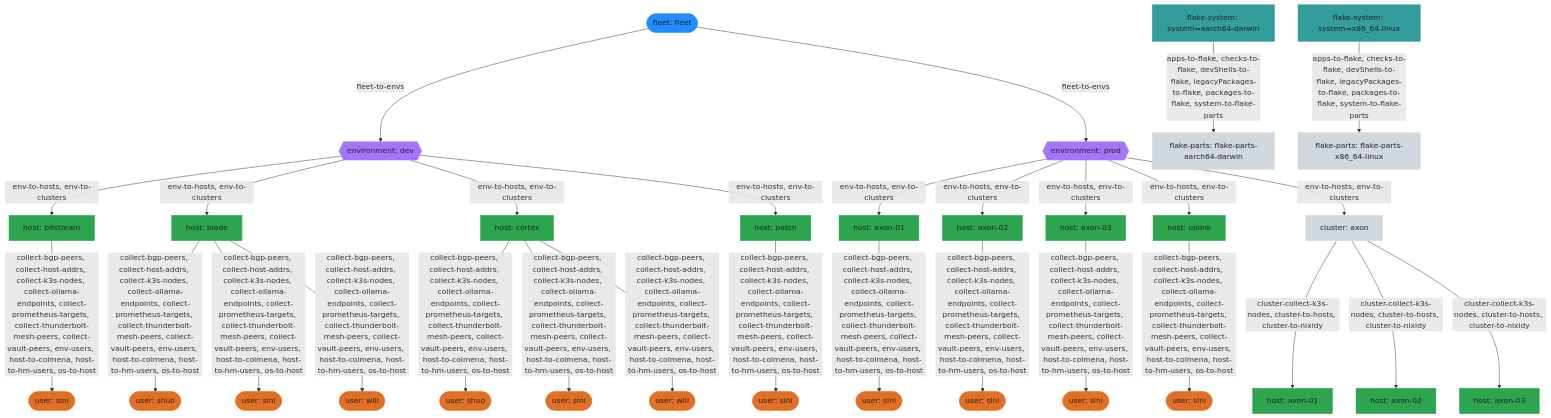
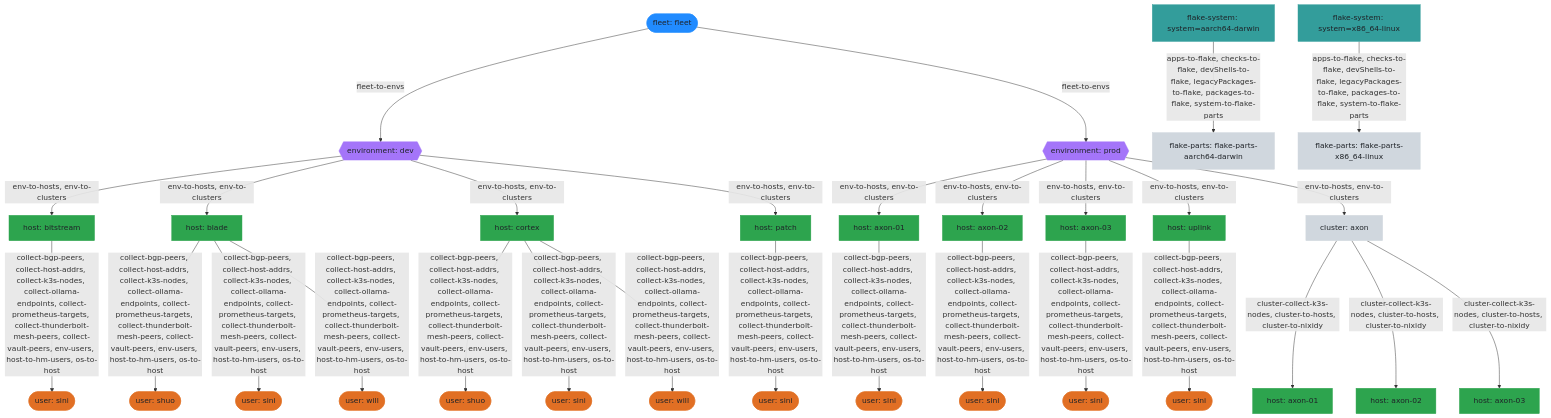
The second of 5 diagrams in TOPOLOGY.md (sini/nix-config), drawn with Mermaid before and after one commit. The commit also changed other lines of this file and 2 other files, not shown here.

First line of the commit message:
feat(diagrams): per-host views with SVG rendering, fleet DAG, namespace

```diff
--- a/TOPOLOGY.md
+++ b/TOPOLOGY.md
@@ -155,25 +155,25 @@
   system_x86_64_linux["flake-system: system=x86_64-linux"]
 
   environment_dev_fleet_fleet_secretsConfig__set_secretsConfig_ -->|env-to-hosts, env-to-clusters| accessGroups__list_accessGroups__environment_dev_fleet_fleet_host_bitstream_secretsConfig__set_secretsConfig_
-  accessGroups__list_accessGroups__environment_dev_fleet_fleet_host_bitstream_secretsConfig__set_secretsConfig_ -->|collect-bgp-peers, collect-host-addrs, collect-k3s-nodes, collect-ollama-endpoints, collect-prometheus-targets, collect-thunderbolt-mesh-peers, collect-vault-peers, env-users, host-to-colmena, host-to-hm-users, os-to-host| accessGroups__list_accessGroups__environment_dev_fleet_fleet_host_bitstream_secretsConfig__set_secretsConfig__user_sini
+  accessGroups__list_accessGroups__environment_dev_fleet_fleet_host_bitstream_secretsConfig__set_secretsConfig_ -->|collect-bgp-peers, collect-host-addrs, collect-k3s-nodes, collect-ollama-endpoints, collect-prometheus-targets, collect-thunderbolt-mesh-peers, collect-vault-peers, env-users, host-to-hm-users, os-to-host| accessGroups__list_accessGroups__environment_dev_fleet_fleet_host_bitstream_secretsConfig__set_secretsConfig__user_sini
   environment_dev_fleet_fleet_secretsConfig__set_secretsConfig_ -->|env-to-hosts, env-to-clusters| accessGroups__list_accessGroups__environment_dev_fleet_fleet_host_blade_secretsConfig__set_secretsConfig_
-  accessGroups__list_accessGroups__environment_dev_fleet_fleet_host_blade_secretsConfig__set_secretsConfig_ -->|collect-bgp-peers, collect-host-addrs, collect-k3s-nodes, collect-ollama-endpoints, collect-prometheus-targets, collect-thunderbolt-mesh-peers, collect-vault-peers, env-users, host-to-colmena, host-to-hm-users, os-to-host| accessGroups__list_accessGroups__environment_dev_fleet_fleet_host_blade_secretsConfig__set_secretsConfig__user_shuo
-  accessGroups__list_accessGroups__environment_dev_fleet_fleet_host_blade_secretsConfig__set_secretsConfig_ -->|collect-bgp-peers, collect-host-addrs, collect-k3s-nodes, collect-ollama-endpoints, collect-prometheus-targets, collect-thunderbolt-mesh-peers, collect-vault-peers, env-users, host-to-colmena, host-to-hm-users, os-to-host| accessGroups__list_accessGroups__environment_dev_fleet_fleet_host_blade_secretsConfig__set_secretsConfig__user_sini
-  accessGroups__list_accessGroups__environment_dev_fleet_fleet_host_blade_secretsConfig__set_secretsConfig_ -->|collect-bgp-peers, collect-host-addrs, collect-k3s-nodes, collect-ollama-endpoints, collect-prometheus-targets, collect-thunderbolt-mesh-peers, collect-vault-peers, env-users, host-to-colmena, host-to-hm-users, os-to-host| accessGroups__list_accessGroups__environment_dev_fleet_fleet_host_blade_secretsConfig__set_secretsConfig__user_will
+  accessGroups__list_accessGroups__environment_dev_fleet_fleet_host_blade_secretsConfig__set_secretsConfig_ -->|collect-bgp-peers, collect-host-addrs, collect-k3s-nodes, collect-ollama-endpoints, collect-prometheus-targets, collect-thunderbolt-mesh-peers, collect-vault-peers, env-users, host-to-hm-users, os-to-host| accessGroups__list_accessGroups__environment_dev_fleet_fleet_host_blade_secretsConfig__set_secretsConfig__user_shuo
+  accessGroups__list_accessGroups__environment_dev_fleet_fleet_host_blade_secretsConfig__set_secretsConfig_ -->|collect-bgp-peers, collect-host-addrs, collect-k3s-nodes, collect-ollama-endpoints, collect-prometheus-targets, collect-thunderbolt-mesh-peers, collect-vault-peers, env-users, host-to-hm-users, os-to-host| accessGroups__list_accessGroups__environment_dev_fleet_fleet_host_blade_secretsConfig__set_secretsConfig__user_sini
+  accessGroups__list_accessGroups__environment_dev_fleet_fleet_host_blade_secretsConfig__set_secretsConfig_ -->|collect-bgp-peers, collect-host-addrs, collect-k3s-nodes, collect-ollama-endpoints, collect-prometheus-targets, collect-thunderbolt-mesh-peers, collect-vault-peers, env-users, host-to-hm-users, os-to-host| accessGroups__list_accessGroups__environment_dev_fleet_fleet_host_blade_secretsConfig__set_secretsConfig__user_will
   environment_dev_fleet_fleet_secretsConfig__set_secretsConfig_ -->|env-to-hosts, env-to-clusters| accessGroups__list_accessGroups__environment_dev_fleet_fleet_host_cortex_secretsConfig__set_secretsConfig_
-  accessGroups__list_accessGroups__environment_dev_fleet_fleet_host_cortex_secretsConfig__set_secretsConfig_ -->|collect-bgp-peers, collect-host-addrs, collect-k3s-nodes, collect-ollama-endpoints, collect-prometheus-targets, collect-thunderbolt-mesh-peers, collect-vault-peers, env-users, host-to-colmena, host-to-hm-users, os-to-host| accessGroups__list_accessGroups__environment_dev_fleet_fleet_host_cortex_secretsConfig__set_secretsConfig__user_shuo
-  accessGroups__list_accessGroups__environment_dev_fleet_fleet_host_cortex_secretsConfig__set_secretsConfig_ -->|collect-bgp-peers, collect-host-addrs, collect-k3s-nodes, collect-ollama-endpoints, collect-prometheus-targets, collect-thunderbolt-mesh-peers, collect-vault-peers, env-users, host-to-colmena, host-to-hm-users, os-to-host| accessGroups__list_accessGroups__environment_dev_fleet_fleet_host_cortex_secretsConfig__set_secretsConfig__user_sini
-  accessGroups__list_accessGroups__environment_dev_fleet_fleet_host_cortex_secretsConfig__set_secretsConfig_ -->|collect-bgp-peers, collect-host-addrs, collect-k3s-nodes, collect-ollama-endpoints, collect-prometheus-targets, collect-thunderbolt-mesh-peers, collect-vault-peers, env-users, host-to-colmena, host-to-hm-users, os-to-host| accessGroups__list_accessGroups__environment_dev_fleet_fleet_host_cortex_secretsConfig__set_secretsConfig__user_will
+  accessGroups__list_accessGroups__environment_dev_fleet_fleet_host_cortex_secretsConfig__set_secretsConfig_ -->|collect-bgp-peers, collect-host-addrs, collect-k3s-nodes, collect-ollama-endpoints, collect-prometheus-targets, collect-thunderbolt-mesh-peers, collect-vault-peers, env-users, host-to-hm-users, os-to-host| accessGroups__list_accessGroups__environment_dev_fleet_fleet_host_cortex_secretsConfig__set_secretsConfig__user_shuo
+  accessGroups__list_accessGroups__environment_dev_fleet_fleet_host_cortex_secretsConfig__set_secretsConfig_ -->|collect-bgp-peers, collect-host-addrs, collect-k3s-nodes, collect-ollama-endpoints, collect-prometheus-targets, collect-thunderbolt-mesh-peers, collect-vault-peers, env-users, host-to-hm-users, os-to-host| accessGroups__list_accessGroups__environment_dev_fleet_fleet_host_cortex_secretsConfig__set_secretsConfig__user_sini
+  accessGroups__list_accessGroups__environment_dev_fleet_fleet_host_cortex_secretsConfig__set_secretsConfig_ -->|collect-bgp-peers, collect-host-addrs, collect-k3s-nodes, collect-ollama-endpoints, collect-prometheus-targets, collect-thunderbolt-mesh-peers, collect-vault-peers, env-users, host-to-hm-users, os-to-host| accessGroups__list_accessGroups__environment_dev_fleet_fleet_host_cortex_secretsConfig__set_secretsConfig__user_will
   environment_dev_fleet_fleet_secretsConfig__set_secretsConfig_ -->|env-to-hosts, env-to-clusters| accessGroups__list_accessGroups__environment_dev_fleet_fleet_host_patch_secretsConfig__set_secretsConfig_
-  accessGroups__list_accessGroups__environment_dev_fleet_fleet_host_patch_secretsConfig__set_secretsConfig_ -->|collect-bgp-peers, collect-host-addrs, collect-k3s-nodes, collect-ollama-endpoints, collect-prometheus-targets, collect-thunderbolt-mesh-peers, collect-vault-peers, env-users, host-to-colmena, host-to-hm-users, os-to-host| accessGroups__list_accessGroups__environment_dev_fleet_fleet_host_patch_secretsConfig__set_secretsConfig__user_sini
+  accessGroups__list_accessGroups__environment_dev_fleet_fleet_host_patch_secretsConfig__set_secretsConfig_ -->|collect-bgp-peers, collect-host-addrs, collect-k3s-nodes, collect-ollama-endpoints, collect-prometheus-targets, collect-thunderbolt-mesh-peers, collect-vault-peers, env-users, host-to-hm-users, os-to-host| accessGroups__list_accessGroups__environment_dev_fleet_fleet_host_patch_secretsConfig__set_secretsConfig__user_sini
   environment_prod_fleet_fleet_secretsConfig__set_secretsConfig_ -->|env-to-hosts, env-to-clusters| accessGroups__list_accessGroups__environment_prod_fleet_fleet_host_axon_01_secretsConfig__set_secretsConfig_
-  accessGroups__list_accessGroups__environment_prod_fleet_fleet_host_axon_01_secretsConfig__set_secretsConfig_ -->|collect-bgp-peers, collect-host-addrs, collect-k3s-nodes, collect-ollama-endpoints, collect-prometheus-targets, collect-thunderbolt-mesh-peers, collect-vault-peers, env-users, host-to-colmena, host-to-hm-users, os-to-host| accessGroups__list_accessGroups__environment_prod_fleet_fleet_host_axon_01_secretsConfig__set_secretsConfig__user_sini
+  accessGroups__list_accessGroups__environment_prod_fleet_fleet_host_axon_01_secretsConfig__set_secretsConfig_ -->|collect-bgp-peers, collect-host-addrs, collect-k3s-nodes, collect-ollama-endpoints, collect-prometheus-targets, collect-thunderbolt-mesh-peers, collect-vault-peers, env-users, host-to-hm-users, os-to-host| accessGroups__list_accessGroups__environment_prod_fleet_fleet_host_axon_01_secretsConfig__set_secretsConfig__user_sini
   environment_prod_fleet_fleet_secretsConfig__set_secretsConfig_ -->|env-to-hosts, env-to-clusters| accessGroups__list_accessGroups__environment_prod_fleet_fleet_host_axon_02_secretsConfig__set_secretsConfig_
-  accessGroups__list_accessGroups__environment_prod_fleet_fleet_host_axon_02_secretsConfig__set_secretsConfig_ -->|collect-bgp-peers, collect-host-addrs, collect-k3s-nodes, collect-ollama-endpoints, collect-prometheus-targets, collect-thunderbolt-mesh-peers, collect-vault-peers, env-users, host-to-colmena, host-to-hm-users, os-to-host| accessGroups__list_accessGroups__environment_prod_fleet_fleet_host_axon_02_secretsConfig__set_secretsConfig__user_sini
+  accessGroups__list_accessGroups__environment_prod_fleet_fleet_host_axon_02_secretsConfig__set_secretsConfig_ -->|collect-bgp-peers, collect-host-addrs, collect-k3s-nodes, collect-ollama-endpoints, collect-prometheus-targets, collect-thunderbolt-mesh-peers, collect-vault-peers, env-users, host-to-hm-users, os-to-host| accessGroups__list_accessGroups__environment_prod_fleet_fleet_host_axon_02_secretsConfig__set_secretsConfig__user_sini
   environment_prod_fleet_fleet_secretsConfig__set_secretsConfig_ -->|env-to-hosts, env-to-clusters| accessGroups__list_accessGroups__environment_prod_fleet_fleet_host_axon_03_secretsConfig__set_secretsConfig_
-  accessGroups__list_accessGroups__environment_prod_fleet_fleet_host_axon_03_secretsConfig__set_secretsConfig_ -->|collect-bgp-peers, collect-host-addrs, collect-k3s-nodes, collect-ollama-endpoints, collect-prometheus-targets, collect-thunderbolt-mesh-peers, collect-vault-peers, env-users, host-to-colmena, host-to-hm-users, os-to-host| accessGroups__list_accessGroups__environment_prod_fleet_fleet_host_axon_03_secretsConfig__set_secretsConfig__user_sini
+  accessGroups__list_accessGroups__environment_prod_fleet_fleet_host_axon_03_secretsConfig__set_secretsConfig_ -->|collect-bgp-peers, collect-host-addrs, collect-k3s-nodes, collect-ollama-endpoints, collect-prometheus-targets, collect-thunderbolt-mesh-peers, collect-vault-peers, env-users, host-to-hm-users, os-to-host| accessGroups__list_accessGroups__environment_prod_fleet_fleet_host_axon_03_secretsConfig__set_secretsConfig__user_sini
   environment_prod_fleet_fleet_secretsConfig__set_secretsConfig_ -->|env-to-hosts, env-to-clusters| accessGroups__list_accessGroups__environment_prod_fleet_fleet_host_uplink_secretsConfig__set_secretsConfig_
-  accessGroups__list_accessGroups__environment_prod_fleet_fleet_host_uplink_secretsConfig__set_secretsConfig_ -->|collect-bgp-peers, collect-host-addrs, collect-k3s-nodes, collect-ollama-endpoints, collect-prometheus-targets, collect-thunderbolt-mesh-peers, collect-vault-peers, env-users, host-to-colmena, host-to-hm-users, os-to-host| accessGroups__list_accessGroups__environment_prod_fleet_fleet_host_uplink_secretsConfig__set_secretsConfig__user_sini
+  accessGroups__list_accessGroups__environment_prod_fleet_fleet_host_uplink_secretsConfig__set_secretsConfig_ -->|collect-bgp-peers, collect-host-addrs, collect-k3s-nodes, collect-ollama-endpoints, collect-prometheus-targets, collect-thunderbolt-mesh-peers, collect-vault-peers, env-users, host-to-hm-users, os-to-host| accessGroups__list_accessGroups__environment_prod_fleet_fleet_host_uplink_secretsConfig__set_secretsConfig__user_sini
   cluster_axon_environment_prod_fleet_fleet_secretsConfig__set_secretsConfig_ -->|cluster-collect-k3s-nodes, cluster-to-hosts, cluster-to-nixidy| cluster_axon_environment_prod_fleet_fleet_host_axon_01_secretsConfig__set_secretsConfig_
   cluster_axon_environment_prod_fleet_fleet_secretsConfig__set_secretsConfig_ -->|cluster-collect-k3s-nodes, cluster-to-hosts, cluster-to-nixidy| cluster_axon_environment_prod_fleet_fleet_host_axon_02_secretsConfig__set_secretsConfig_
   cluster_axon_environment_prod_fleet_fleet_secretsConfig__set_secretsConfig_ -->|cluster-collect-k3s-nodes, cluster-to-hosts, cluster-to-nixidy| cluster_axon_environment_prod_fleet_fleet_host_axon_03_secretsConfig__set_secretsConfig_
```
